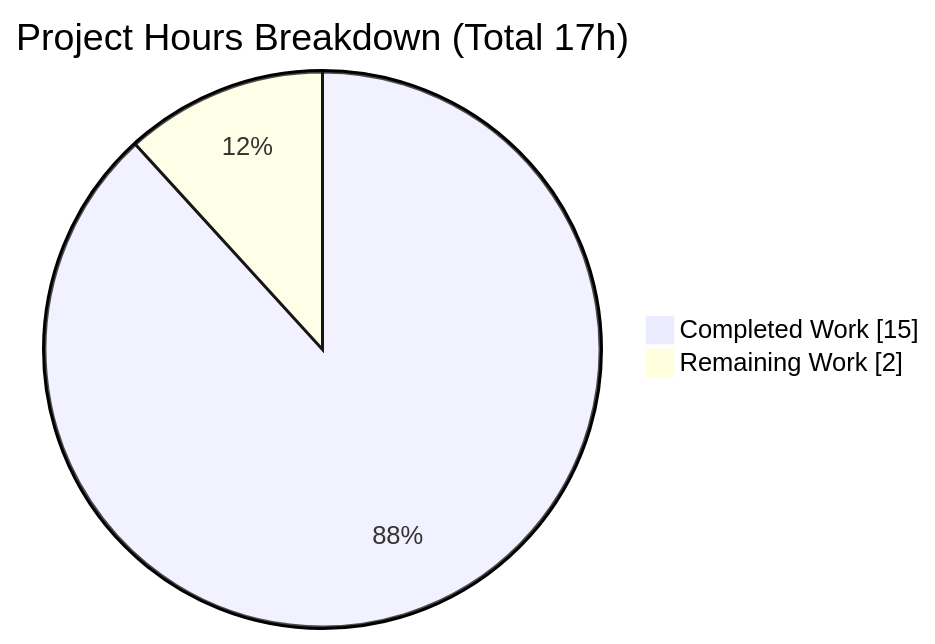
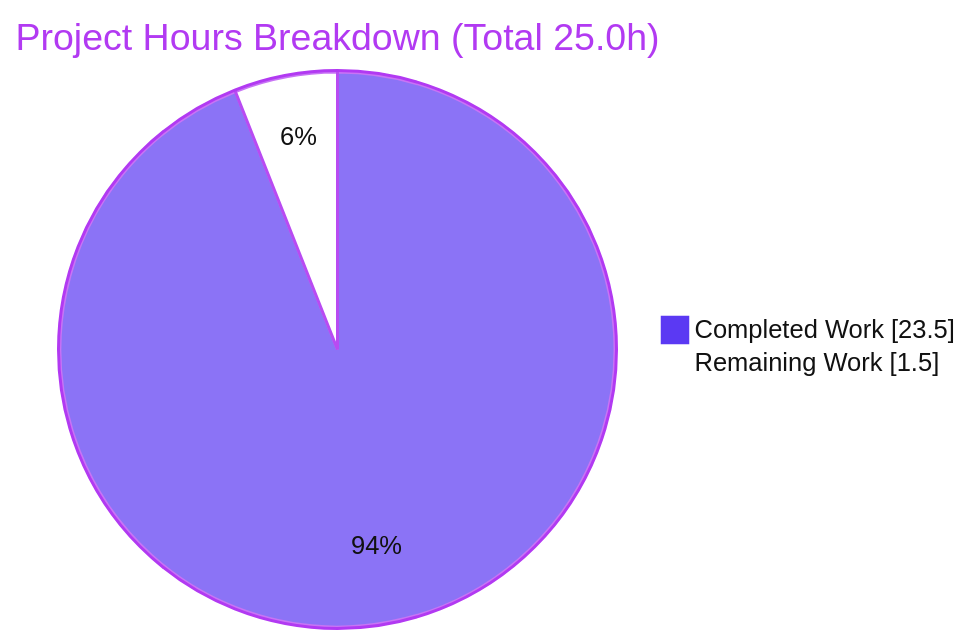
Before and after one commit to lakshya-blitzy/march_repo_hello_world: the second of 3 diagrams in blitzy/documentation/Project Guide.md, drawn with Mermaid. The commit also changed other lines of this file, not shown here.

Commit message:
Adding Blitzy Project Guide: Project Status and Human Tasks Remaining

````diff
--- a/blitzy/documentation/Project Guide.md
+++ b/blitzy/documentation/Project Guide.md
@@ -187,5 +194,6 @@
 ```mermaid
-pie showData title Project Hours Breakdown (Total 17h)
-    "Completed Work" : 15
-    "Remaining Work" : 2
+%%{init: {'theme':'base','themeVariables':{'pie1':'#5B39F3','pie2':'#FFFFFF','pieStrokeColor':'#B23AF2','pieStrokeWidth':'2px','pieOuterStrokeColor':'#B23AF2','pieOuterStrokeWidth':'2px','pieTitleTextColor':'#B23AF2','pieSectionTextColor':'#111111','pieLegendTextColor':'#111111'}}}%%
+pie showData title Project Hours Breakdown (Total 25.0h)
+    "Completed Work" : 23.5
+    "Remaining Work" : 1.5
 ```
````
